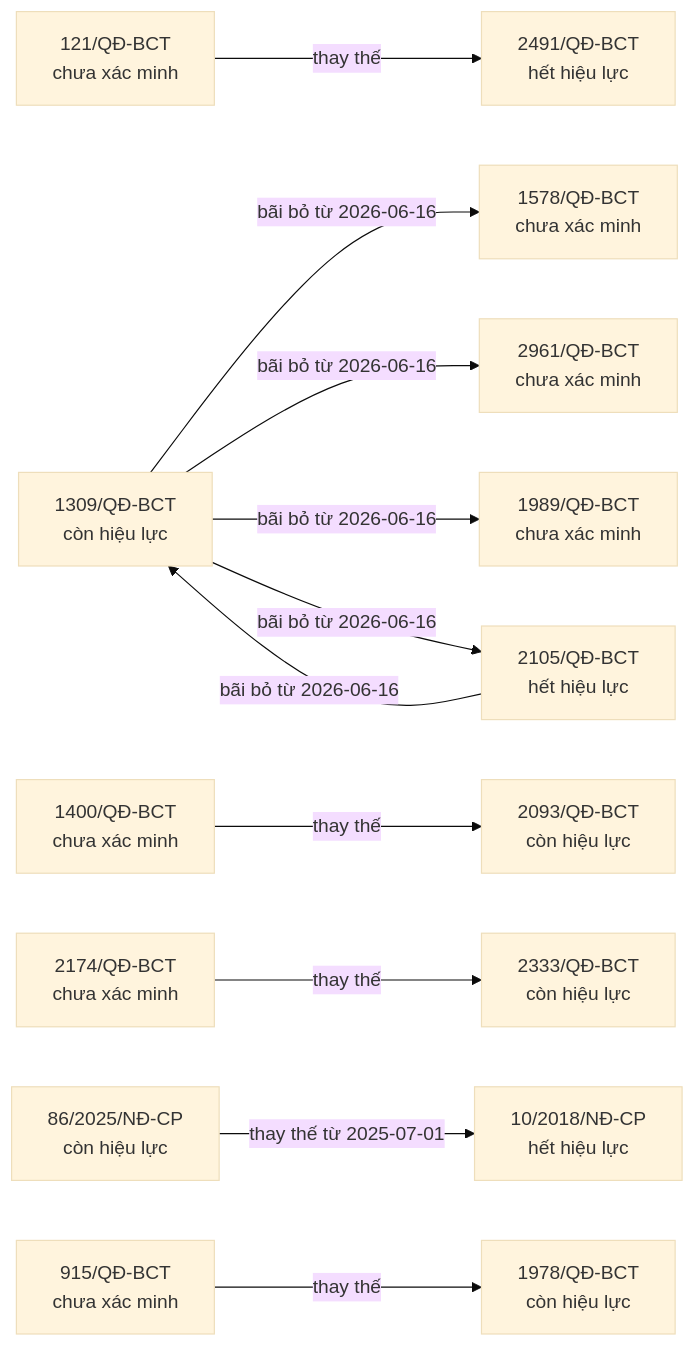
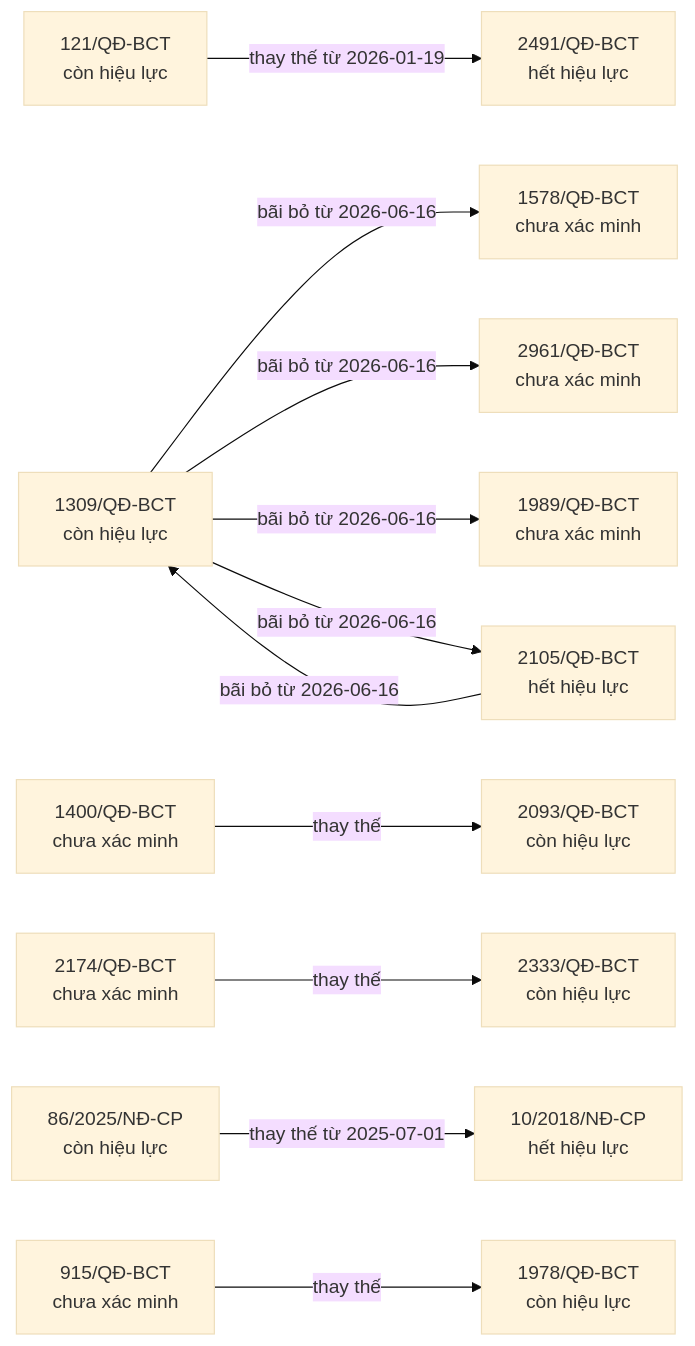
The sixth of 10 diagrams in bao-cao/quan-he.md (ozvietnam/oz-wiki-plhq), drawn with Mermaid (base theme) before and after one commit. The commit also changed 5 other files, not shown here.

````diff
--- a/bao-cao/quan-he.md
+++ b/bao-cao/quan-he.md
@@ -420,28 +420,28 @@
 ```mermaid
 flowchart LR
-  n_121_Q__BCT["121/QĐ-BCT<br/>chưa xác minh"]
+  n_121_Q__BCT["121/QĐ-BCT<br/>còn hiệu lực"]
   n_2491_Q__BCT["2491/QĐ-BCT<br/>hết hiệu lực"]
   n_1309_Q__BCT["1309/QĐ-BCT<br/>còn hiệu lực"]
   n_1578_Q__BCT["1578/QĐ-BCT<br/>chưa xác minh"]
   n_2961_Q__BCT["2961/QĐ-BCT<br/>chưa xác minh"]
   n_1989_Q__BCT["1989/QĐ-BCT<br/>chưa xác minh"]
   n_2105_Q__BCT["2105/QĐ-BCT<br/>hết hiệu lực"]
   n_1400_Q__BCT["1400/QĐ-BCT<br/>chưa xác minh"]
   n_2093_Q__BCT["2093/QĐ-BCT<br/>còn hiệu lực"]
   n_2174_Q__BCT["2174/QĐ-BCT<br/>chưa xác minh"]
   n_2333_Q__BCT["2333/QĐ-BCT<br/>còn hiệu lực"]
   n_86_2025_N__CP["86/2025/NĐ-CP<br/>còn hiệu lực"]
   n_10_2018_N__CP["10/2018/NĐ-CP<br/>hết hiệu lực"]
   n_915_Q__BCT["915/QĐ-BCT<br/>chưa xác minh"]
   n_1978_Q__BCT["1978/QĐ-BCT<br/>còn hiệu lực"]
-  n_121_Q__BCT -->|thay thế| n_2491_Q__BCT
+  n_121_Q__BCT -->|thay thế từ 2026-01-19| n_2491_Q__BCT
   n_1309_Q__BCT -->|bãi bỏ từ 2026-06-16| n_1578_Q__BCT
   n_1309_Q__BCT -->|bãi bỏ từ 2026-06-16| n_2961_Q__BCT
   n_1309_Q__BCT -->|bãi bỏ từ 2026-06-16| n_1989_Q__BCT
   n_1309_Q__BCT -->|bãi bỏ từ 2026-06-16| n_2105_Q__BCT
   n_1400_Q__BCT -->|thay thế| n_2093_Q__BCT
   n_2105_Q__BCT -->|bãi bỏ từ 2026-06-16| n_1309_Q__BCT
   n_2174_Q__BCT -->|thay thế| n_2333_Q__BCT
   n_86_2025_N__CP -->|thay thế từ 2025-07-01| n_10_2018_N__CP
   n_915_Q__BCT -->|thay thế| n_1978_Q__BCT
 ```
````
